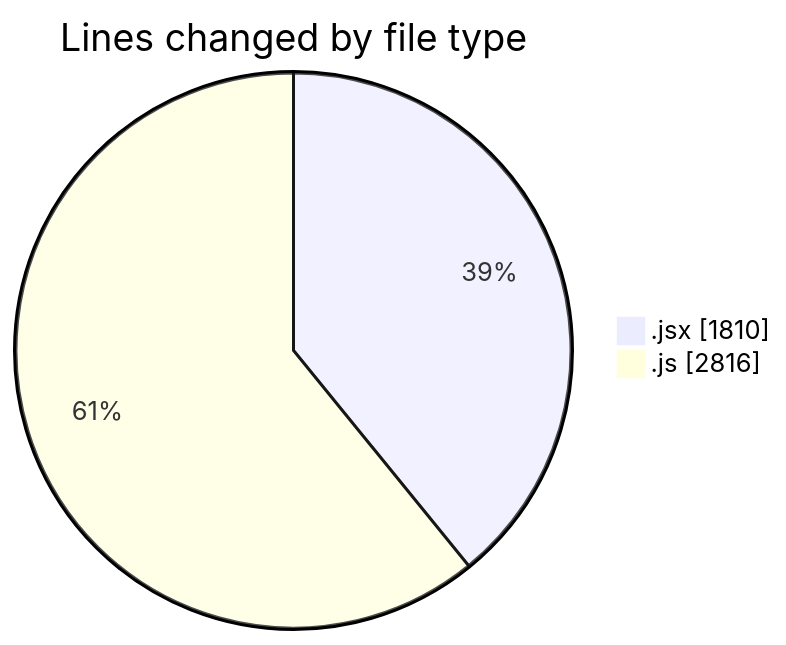
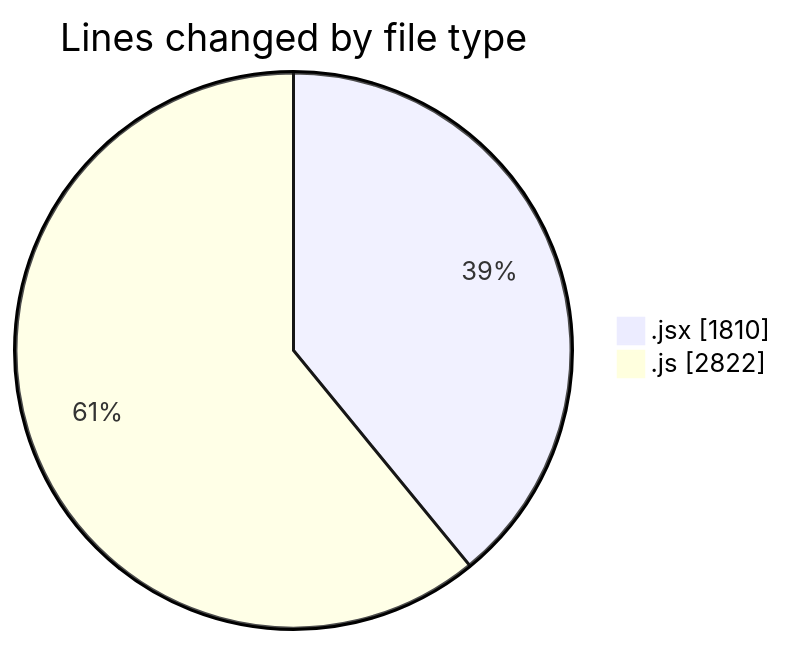
Before and after one commit to nxtqubesakshisongat/code-tracking: the first of 2 diagrams in 2025-11-07/nxtqube_webapp/README.md, drawn with Mermaid. The commit also changed other lines of this file and 1 other file, not shown here.

````diff
--- a/2025-11-07/nxtqube_webapp/README.md
+++ b/2025-11-07/nxtqube_webapp/README.md
@@ -27,6 +27,6 @@
 ```mermaid
 pie showData
 title Lines changed by file type
 ".jsx" : 1810
-".js" : 2816
+".js" : 2822
 ```
````
